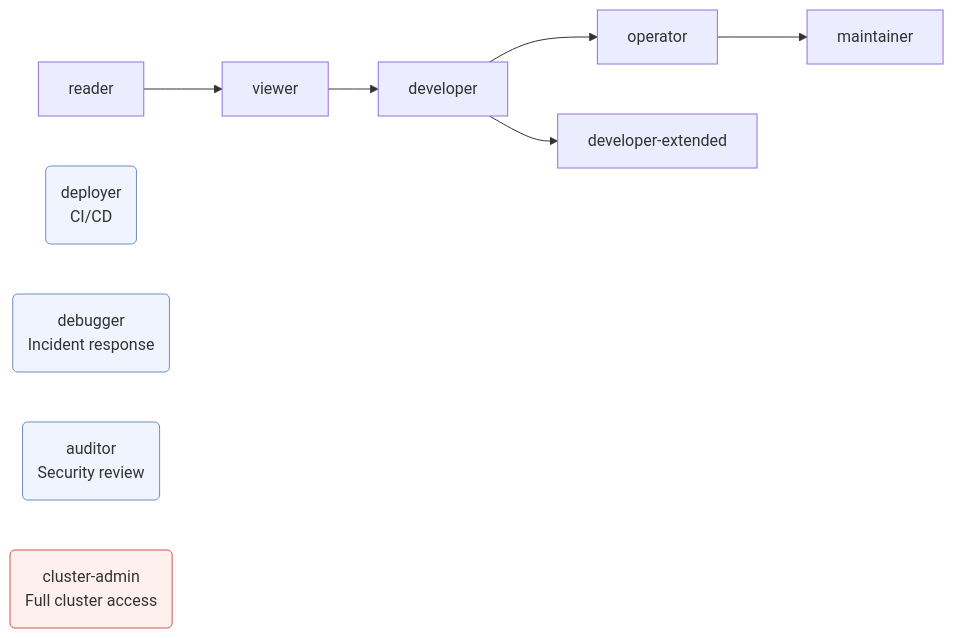
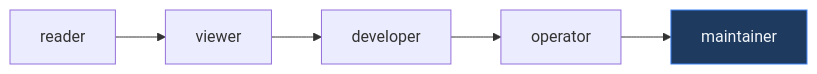
Before and after one commit to xbrekz1/rbac-manager: the diagram in README.md, drawn with Mermaid. The commit also changed other lines of this file and 2 other files, not shown here.

First line of the commit message:
docs: redesign README with SVG diagram, logo, and usage polish

````diff
--- a/README.md
+++ b/README.md
@@ -63,16 +52,5 @@
 ```mermaid
 graph LR
     reader --> viewer --> developer --> operator --> maintainer
-
-    developer --> developer-extended
-
-    deployer("deployer\nCI/CD")
-    debugger("debugger\nIncident response")
-    auditor("auditor\nSecurity review")
-    ca("cluster-admin\nFull cluster access")
-
-    style deployer  fill:#f0f4ff,stroke:#6c8ebf
-    style debugger  fill:#f0f4ff,stroke:#6c8ebf
-    style auditor   fill:#f0f4ff,stroke:#6c8ebf
-    style ca        fill:#fff0f0,stroke:#d9534f
+    style maintainer fill:#1e3a5f,stroke:#3b82f6,color:#f1f5f9
 ```
````
